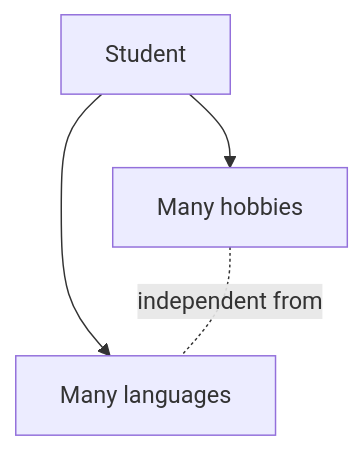
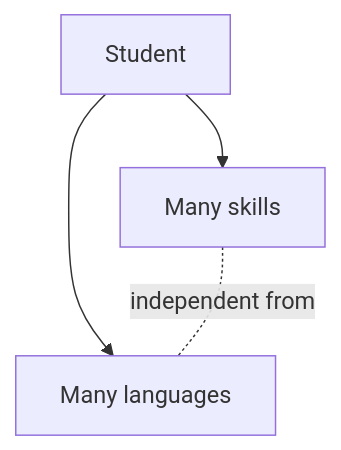
Before and after one commit to pentoshi007/prep: the eighth of 14 diagrams in DBMS/norm.md, drawn with Mermaid. The commit also changed other lines of this file, not shown here.

````diff
--- a/DBMS/norm.md
+++ b/DBMS/norm.md
@@ -357,6 +600,6 @@
 ```mermaid
 flowchart TD
-    S[Student] --> H[Many hobbies]
-    S --> L[Many languages]
-    H -. independent from .- L
+    S[Student] --> A[Many skills]
+    S --> B[Many languages]
+    A -. independent from .- B
 ```
````
